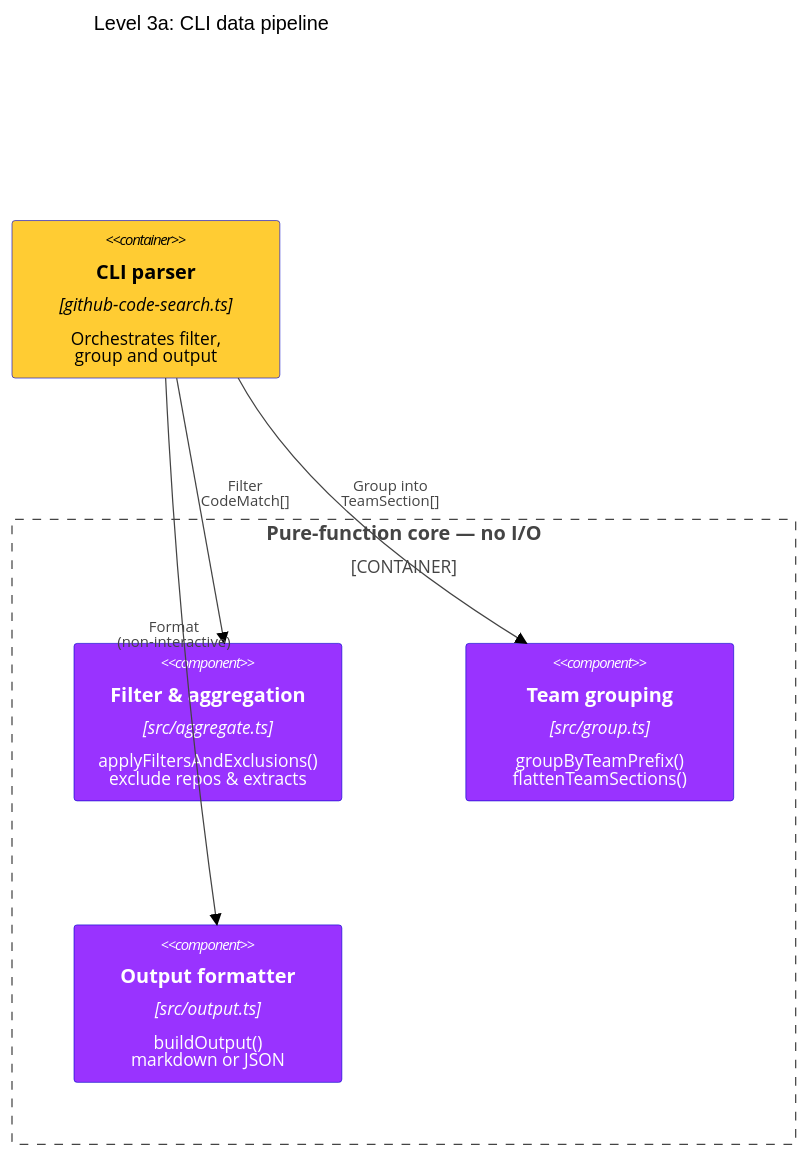
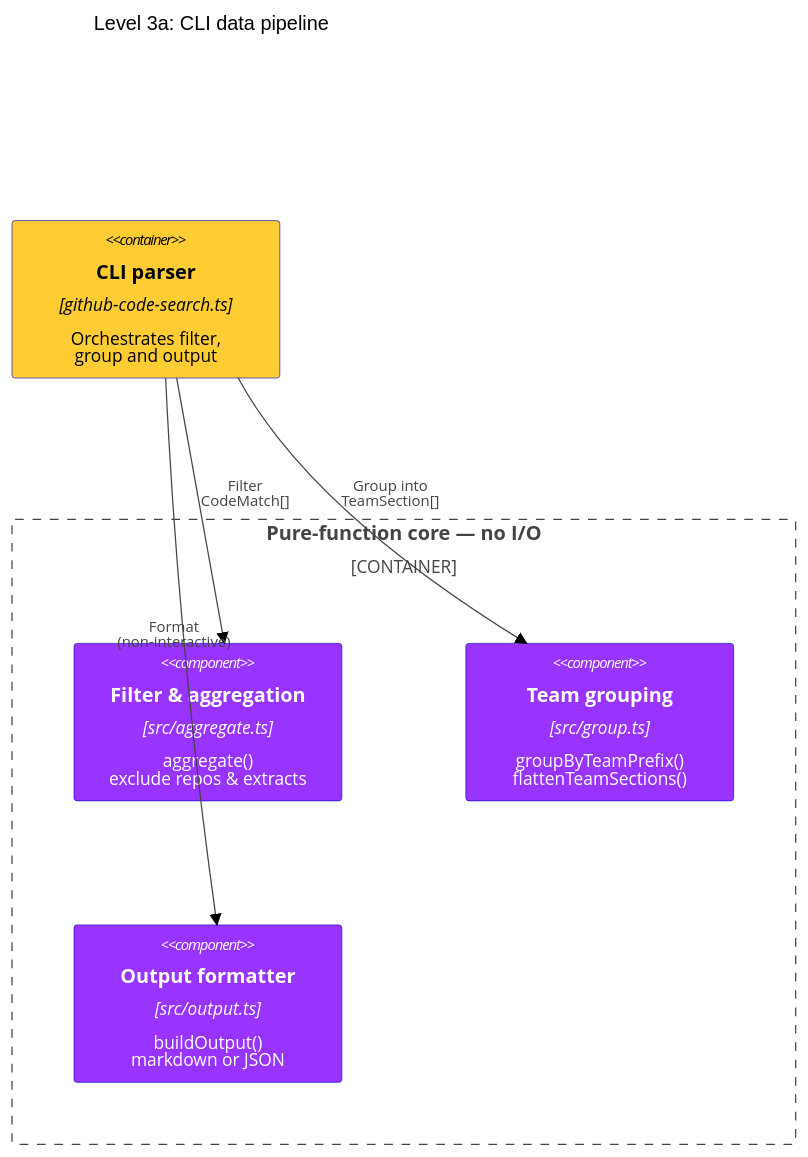
The first of 2 diagrams in docs/architecture/components.md (fulll/github-code-search), drawn with Mermaid before and after one commit. The commit also changed other lines of this file and 4 other files, not shown here.

First line of the commit message:
docs: address Copilot review on C4 diagrams (#29)

````diff
--- a/docs/architecture/components.md
+++ b/docs/architecture/components.md
@@ -12,29 +12,29 @@
 ```mermaid
 %%{init: {"theme": "base", "themeVariables": {"fontFamily": "Poppins, Aestetico, Arial, sans-serif", "primaryColor": "#66CCFF", "primaryTextColor": "#000000", "lineColor": "#0000CC", "tertiaryColor": "#FFCC33"}, "themeCSS": ".label,.nodeLabel,.cluster-label > span{font-family:Poppins,Arial,sans-serif;letter-spacing:.2px} .cluster-label > span{font-weight:600;font-size:13px} .edgePath .path{stroke-width:2px}"}}%%
 C4Component
   title Level 3a: CLI data pipeline
 
   UpdateLayoutConfig($c4ShapeInRow="3", $c4BoundaryInRow="1")
 
   Container(cli, "CLI parser", "github-code-search.ts", "Orchestrates filter,<br/>group and output")
 
   Container_Boundary(core, "Pure-function core — no I/O") {
-    Component(aggregate, "Filter & aggregation", "src/aggregate.ts", "applyFiltersAndExclusions()<br/>exclude repos & extracts")
+    Component(aggregate, "Filter & aggregation", "src/aggregate.ts", "aggregate()<br/>exclude repos & extracts")
     Component(group, "Team grouping", "src/group.ts", "groupByTeamPrefix()<br/>flattenTeamSections()")
     Component(outputFn, "Output formatter", "src/output.ts", "buildOutput()<br/>markdown or JSON")
   }
 
   Rel(cli, aggregate, "Filter<br/>CodeMatch[]")
   UpdateRelStyle(cli, aggregate, $offsetX="0", $offsetY="-17")
 
   Rel(cli, group, "Group into<br/>TeamSection[]")
   UpdateRelStyle(cli, group, $offsetX="-33", $offsetY="-17")
 
   Rel(cli, outputFn, "Format<br/>(non-interactive)")
   UpdateRelStyle(cli, outputFn, $offsetX="-60", $offsetY="-17")
 
   UpdateElementStyle(cli, $bgColor="#FFCC33", $borderColor="#0000CC", $fontColor="#000000")
   UpdateElementStyle(aggregate, $bgColor="#9933FF", $borderColor="#0000CC", $fontColor="#ffffff")
   UpdateElementStyle(group, $bgColor="#9933FF", $borderColor="#0000CC", $fontColor="#ffffff")
   UpdateElementStyle(outputFn, $bgColor="#9933FF", $borderColor="#0000CC", $fontColor="#ffffff")
 ```
````
